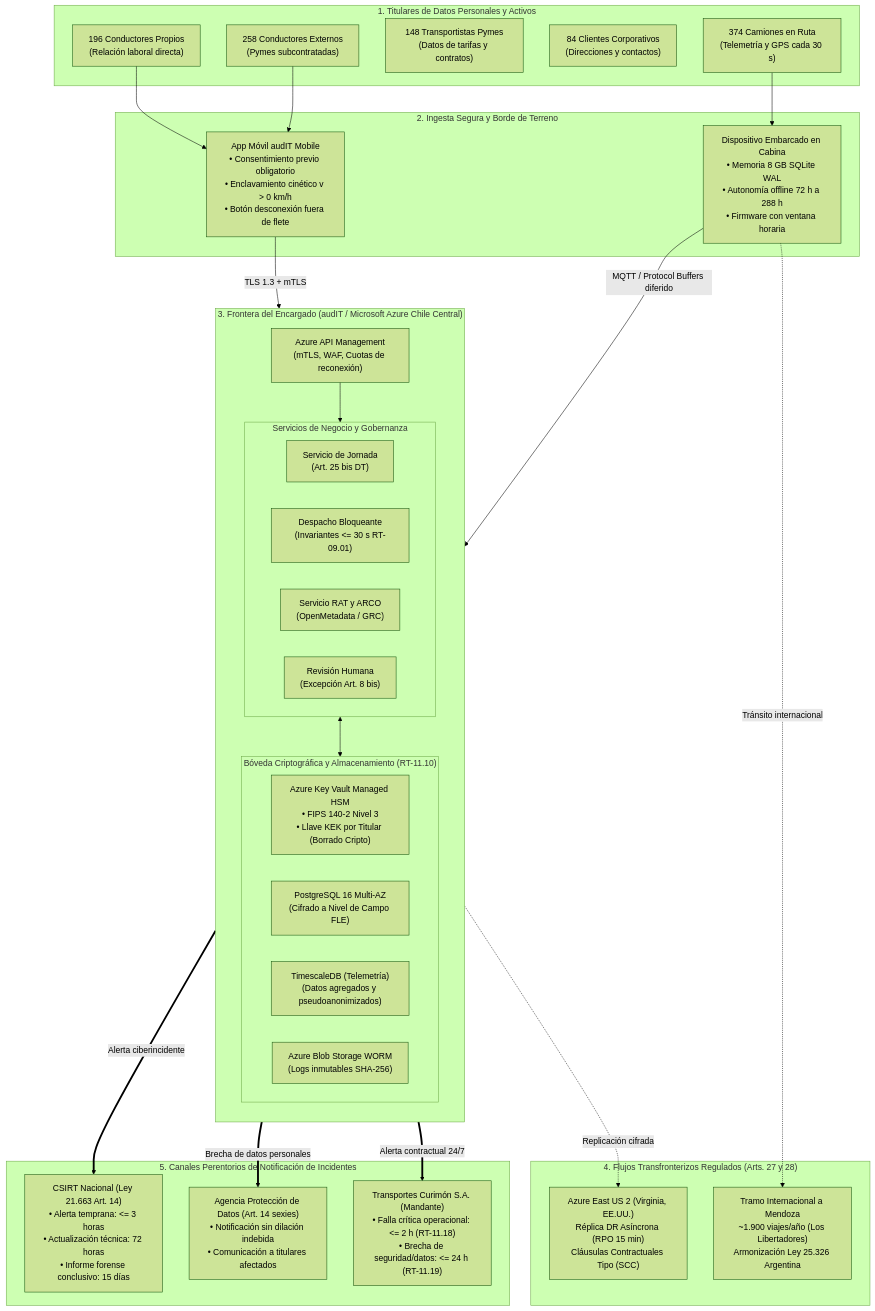
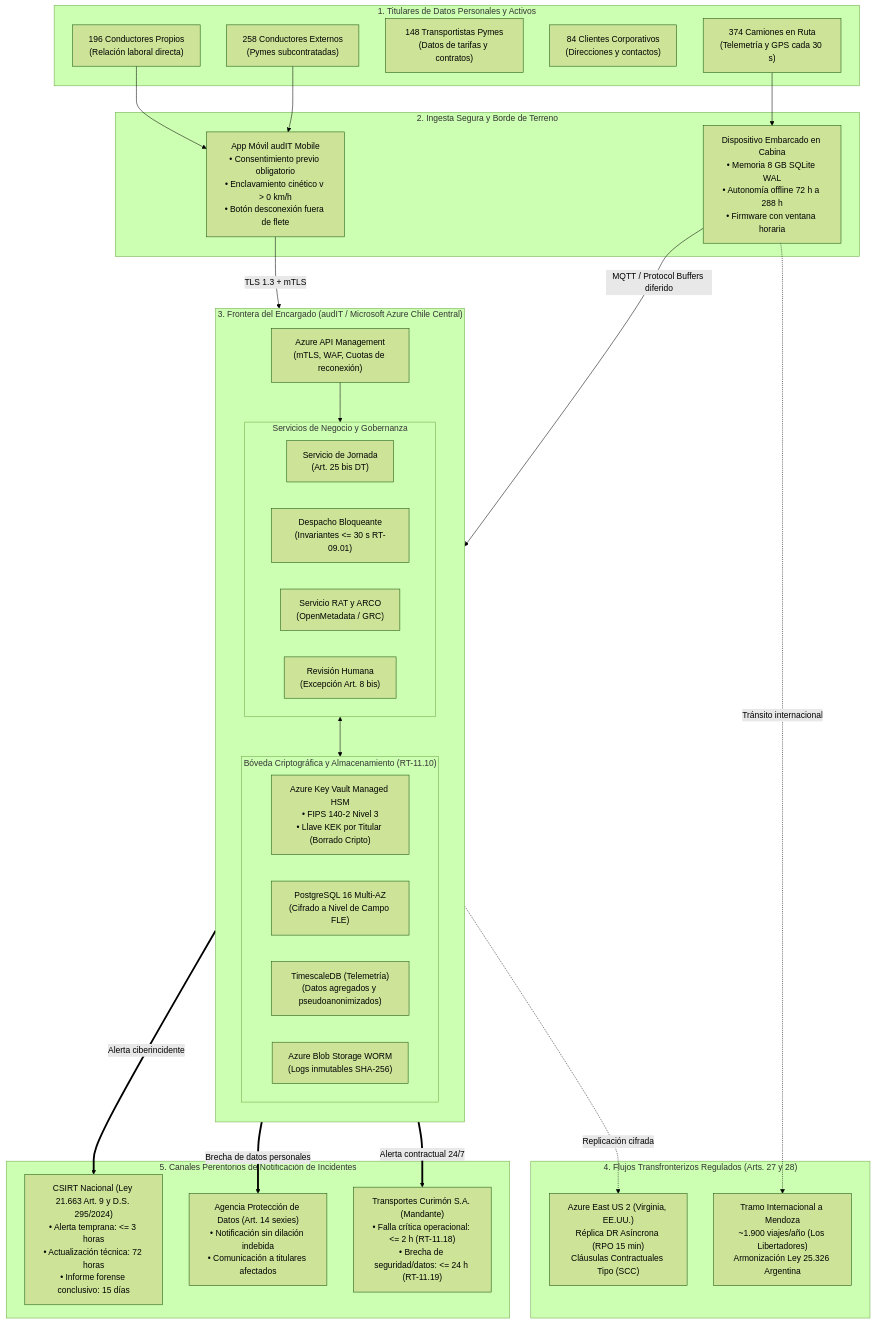
One commit to mvergaral/audIT changed the diagram in Investigacion/Persona-5/Entregables/Entregable_1_Arquitectura_Cumplimiento.md. Above: the diagram before and after it, drawn with Mermaid (forest theme). The commit also changed other lines of this file and 4 other files, not shown here.

````diff
--- a/Investigacion/Persona-5/Entregables/Entregable_1_Arquitectura_Cumplimiento.md
+++ b/Investigacion/Persona-5/Entregables/Entregable_1_Arquitectura_Cumplimiento.md
@@ -23,62 +23,62 @@
 ```mermaid
 flowchart TB
     subgraph TITULARES["1. Titulares de Datos Personales y Activos"]
         CP["196 Conductores Propios<br>(Relación laboral directa)"]
         CE["258 Conductores Externos<br>(Pymes subcontratadas)"]
         TP["148 Transportistas Pymes<br>(Datos de tarifas y contratos)"]
         CL["84 Clientes Corporativos<br>(Direcciones y contactos)"]
         CAM["374 Camiones en Ruta<br>(Telemetría y GPS cada 30 s)"]
     end
 
     subgraph BORDE["2. Ingesta Segura y Borde de Terreno"]
         APP["App Móvil audIT Mobile<br>• Consentimiento previo obligatorio<br>• Enclavamiento cinético v > 0 km/h<br>• Botón desconexión fuera de flete"]
         DISP["Dispositivo Embarcado en Cabina<br>• Memoria 8 GB SQLite WAL<br>• Autonomía offline 72 h a 288 h<br>• Firmware con ventana horaria"]
     end
 
     subgraph ENCARGADO["3. Frontera del Encargado (audIT / Microsoft Azure Chile Central)"]
         direction TB
         APIM["Azure API Management<br>(mTLS, WAF, Cuotas de reconexión)"]
         
         subgraph LOGICA["Servicios de Negocio y Gobernanza"]
             JORN["Servicio de Jornada<br>(Art. 25 bis DT)"]
             DESP["Despacho Bloqueante<br>(Invariantes <= 30 s RT-09.01)"]
             RAT_SRV["Servicio RAT y ARCO<br>(OpenMetadata / GRC)"]
             REV_HUM["Revisión Humana<br>(Excepción Art. 8 bis)"]
         end
 
         subgraph CRIPTO["Bóveda Criptográfica y Almacenamiento (RT-11.10)"]
             KMS["Azure Key Vault Managed HSM<br>• FIPS 140-2 Nivel 3<br>• Llave KEK por Titular (Borrado Cripto)"]
             BD_TRANS["PostgreSQL 16 Multi-AZ<br>(Cifrado a Nivel de Campo FLE)"]
             BD_TIME["TimescaleDB (Telemetría)<br>(Datos agregados y pseudoanonimizados)"]
             WORM["Azure Blob Storage WORM<br>(Logs inmutables SHA-256)"]
         end
     end
 
     subgraph TRANSFRONTERIZO["4. Flujos Transfronterizos Regulados (Arts. 27 y 28)"]
         AZ_US["Azure East US 2 (Virginia, EE.UU.)<br>Réplica DR Asíncrona (RPO 15 min)<br>Cláusulas Contractuales Tipo (SCC)"]
         MZA["Tramo Internacional a Mendoza<br>~1.900 viajes/año (Los Libertadores)<br>Armonización Ley 25.326 Argentina"]
     end
 
     subgraph AUTORIDADES["5. Canales Perentorios de Notificación de Incidentes"]
-        CSIRT["CSIRT Nacional (Ley 21.663 Art. 14)<br>• Alerta temprana: <= 3 horas<br>• Actualización técnica: 72 horas<br>• Informe forense conclusivo: 15 días"]
+        CSIRT["CSIRT Nacional (Ley 21.663 Art. 9 y D.S. 295/2024)<br>• Alerta temprana: <= 3 horas<br>• Actualización técnica: 72 horas<br>• Informe forense conclusivo: 15 días"]
         APDP["Agencia Protección de Datos (Art. 14 sexies)<br>• Notificación sin dilación indebida<br>• Comunicación a titulares afectados"]
         CUR_NOTIF["Transportes Curimón S.A. (Mandante)<br>• Falla crítica operacional: <= 2 h (RT-11.18)<br>• Brecha de seguridad/datos: <= 24 h (RT-11.19)"]
     end
 
     CP --> APP
     CE --> APP
     CAM --> DISP
     
     APP -->|TLS 1.3 + mTLS| APIM
     DISP -->|MQTT / Protocol Buffers diferido| APIM
     
     APIM --> LOGICA
     LOGICA <--> CRIPTO
     
     CRIPTO -.->|Replicación cifrada| AZ_US
     DISP -.->|Tránsito internacional| MZA
     
     ENCARGADO ==>|Alerta ciberincidente| CSIRT
     ENCARGADO ==>|Brecha de datos personales| APDP
     ENCARGADO ==>|Alerta contractual 24/7| CUR_NOTIF
 ```
````
